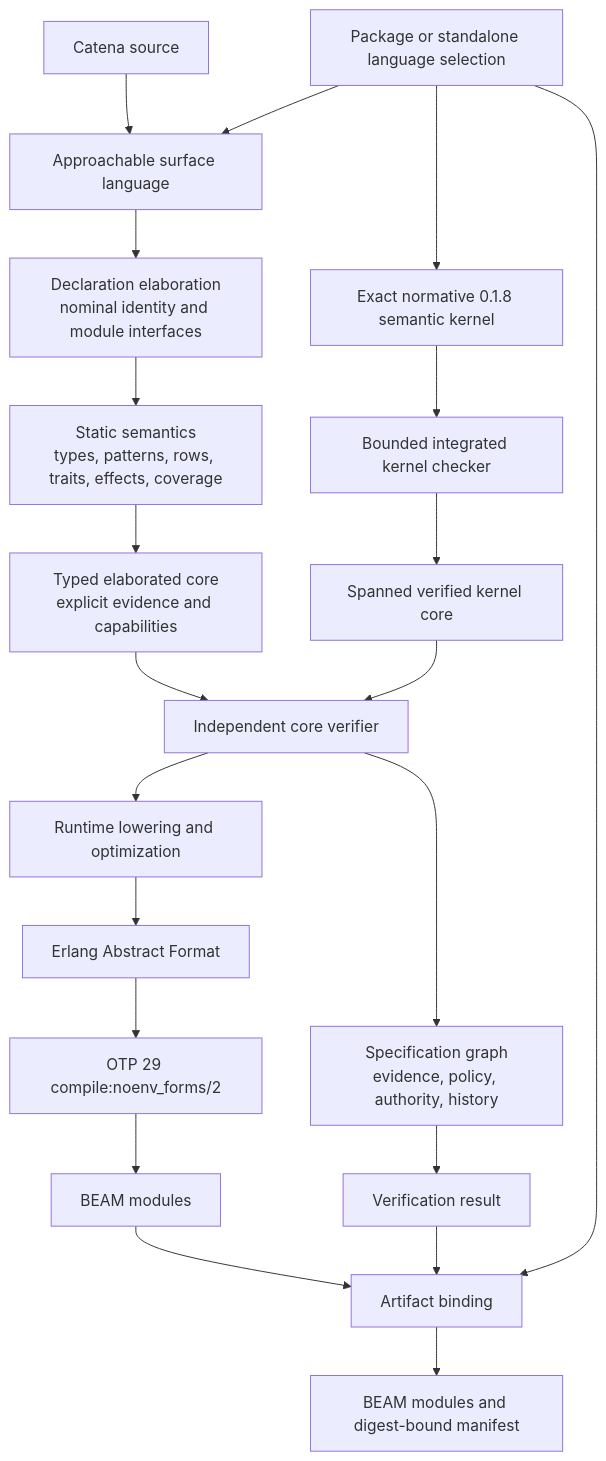
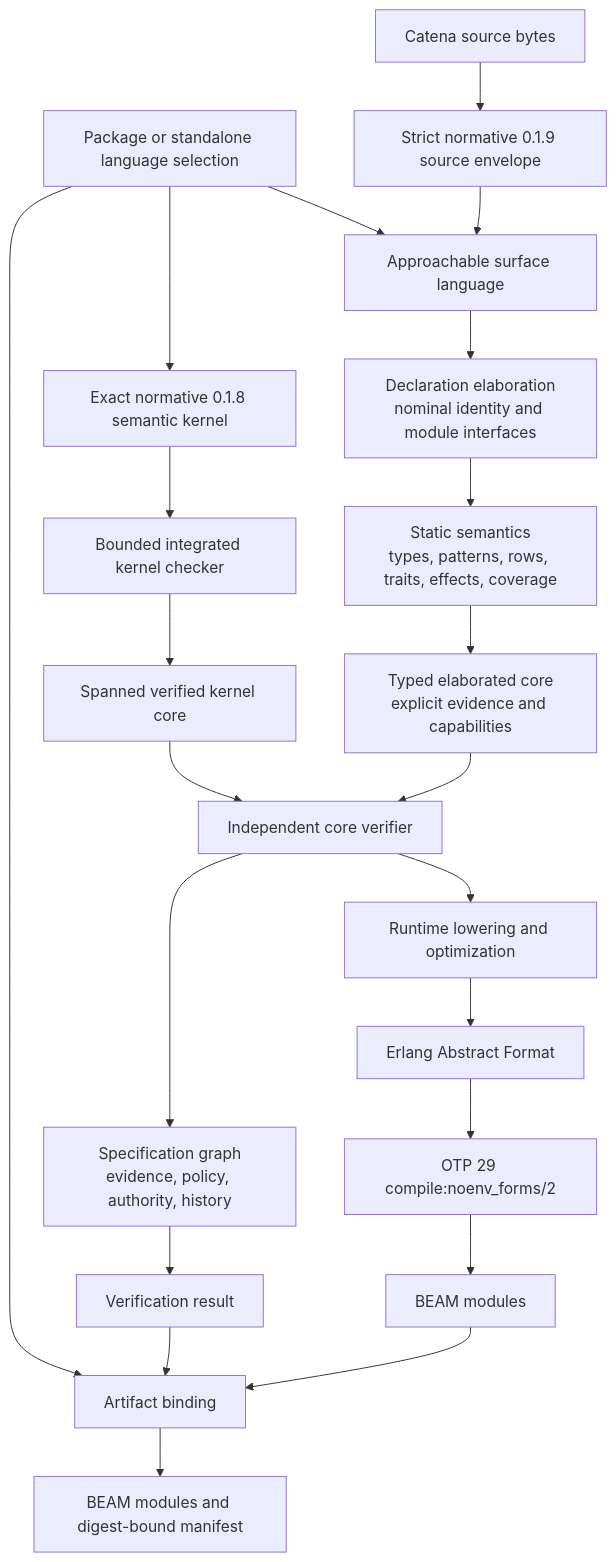
Before and after one commit to pcharbon70/catena-research: the first of 2 diagrams in language-overview.md, drawn with Mermaid. The commit also changed other lines of this file and 26 other files, not shown here.

````diff
--- a/language-overview.md
+++ b/language-overview.md
@@ -33,23 +33,24 @@
 ```mermaid
 flowchart TD
     P[Package or standalone language selection] --> U[Approachable surface language]
     P --> K[Exact normative 0.1.8 semantic kernel]
-    S[Catena source] --> U
+    S[Catena source bytes] --> SE[Strict normative 0.1.9 source envelope]
+    SE --> U
     U --> DE[Declaration elaboration<br/>nominal identity and module interfaces]
     DE --> ST[Static semantics<br/>types, patterns, rows, traits, effects, coverage]
     ST --> TC[Typed elaborated core<br/>explicit evidence and capabilities]
     K --> KST[Bounded integrated kernel checker]
     KST --> KTC[Spanned verified kernel core]
     TC --> V[Independent core verifier]
     KTC --> V
     V --> R[Runtime lowering and optimization]
     V --> SG[Specification graph<br/>evidence, policy, authority, history]
     R --> EAF[Erlang Abstract Format]
     EAF --> OTP[OTP 29 compile:noenv_forms/2]
     OTP --> B[BEAM modules]
     SG --> VR[Verification result]
     B --> AB[Artifact binding]
     P --> AB
     VR --> AB
     AB --> OUT[BEAM modules and digest-bound manifest]
 ```
````
